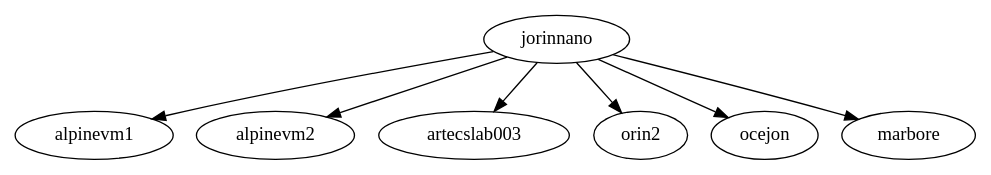
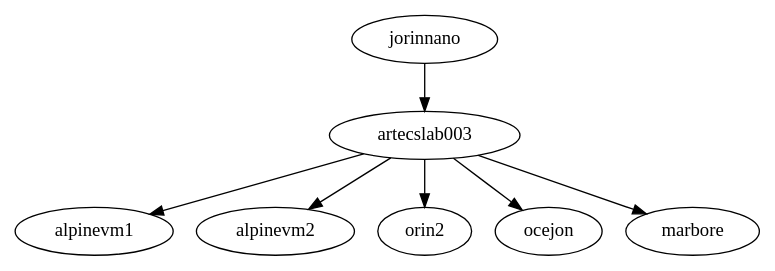
Before and after one commit to gulis1/planificacion-inferencia-edge: the diagram in triton-endpoint-controller/tservice_controller/input.dot, drawn with Graphviz. The commit also changed 4 other files, not shown here.

```diff
--- a/triton-endpoint-controller/tservice_controller/input.dot
+++ b/triton-endpoint-controller/tservice_controller/input.dot
@@ -1,8 +1,9 @@
 digraph G {
-  jorinnano -> alpinevm1
-  jorinnano -> alpinevm2
   jorinnano -> artecslab003
-  jorinnano -> orin2
-  jorinnano -> ocejon
-  jorinnano -> marbore
+
+  artecslab003 -> alpinevm1
+  artecslab003 -> alpinevm2
+  artecslab003 -> orin2
+  artecslab003 -> ocejon
+  artecslab003 -> marbore
 }
```
